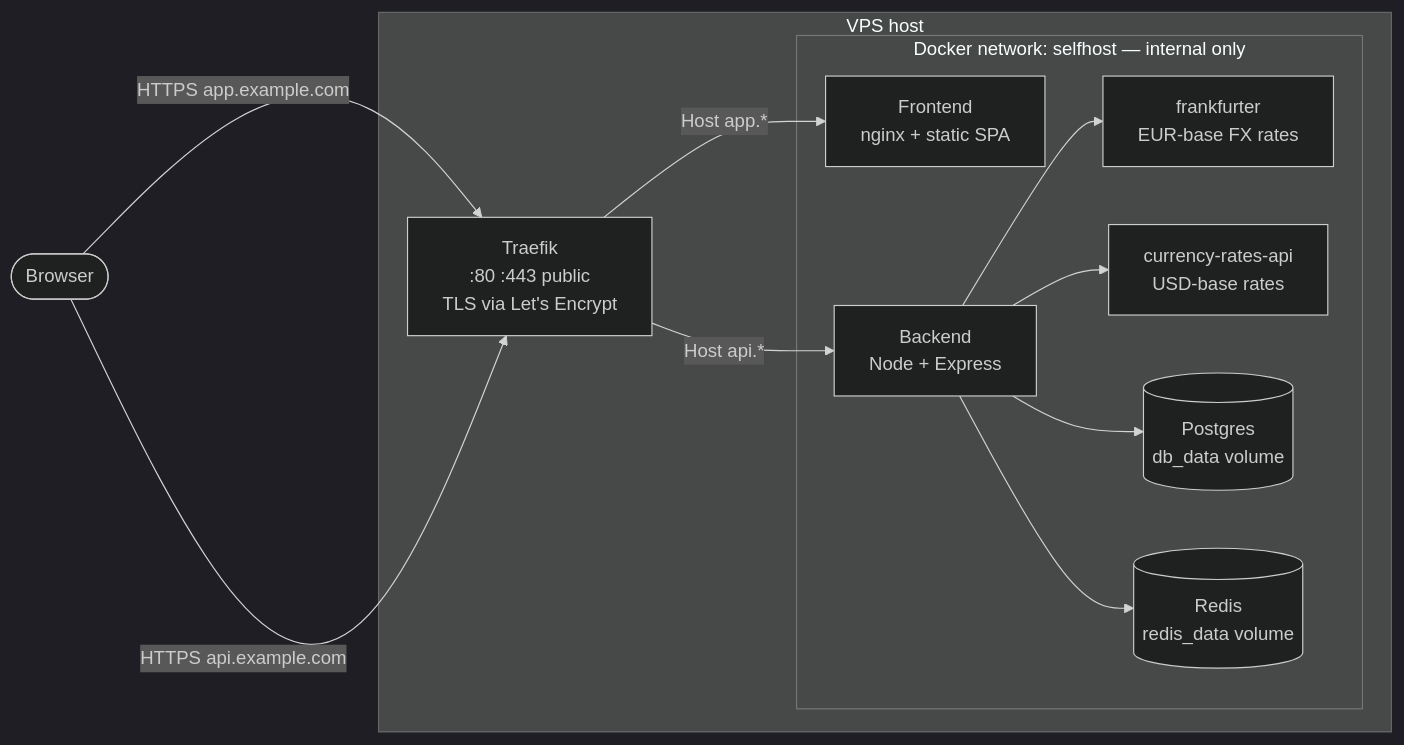
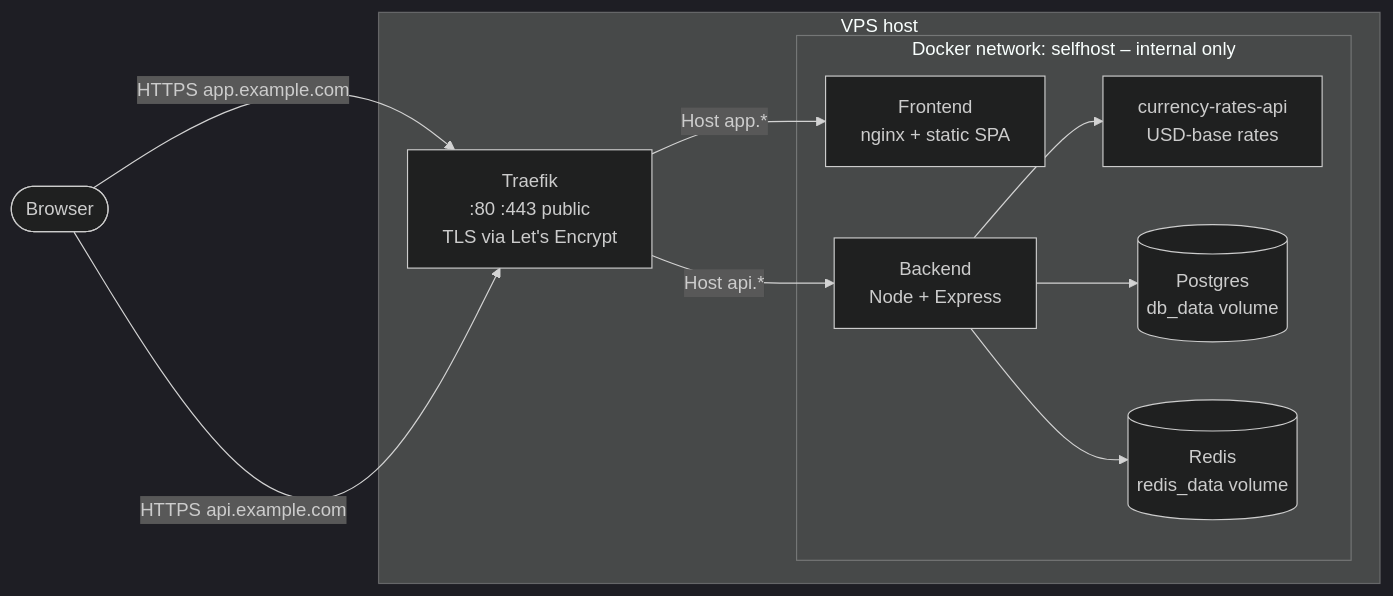
The first of 2 diagrams in docs/self-hosting.md (letehaha/budget-tracker), drawn with Mermaid (dark theme) before and after one commit. The commit also changed other lines of this file and 25 other files, not shown here.

First line of the commit message:
chore(exchange-rates): drop Frankfurter provider as a fallback

````diff
--- a/docs/self-hosting.md
+++ b/docs/self-hosting.md
@@ -17,26 +16,24 @@
 ```mermaid
 flowchart LR
     Browser([Browser])
 
     subgraph VPS["VPS host"]
         Traefik["Traefik<br/>:80 :443 public<br/>TLS via Let's Encrypt"]
 
-        subgraph net["Docker network: selfhost — internal only"]
+        subgraph net["Docker network: selfhost – internal only"]
             FE["Frontend<br/>nginx + static SPA"]
             BE["Backend<br/>Node + Express"]
-            FF["frankfurter<br/>EUR-base FX rates"]
             CR["currency-rates-api<br/>USD-base rates"]
             DB[("Postgres<br/>db_data volume")]
             RD[("Redis<br/>redis_data volume")]
         end
     end
 
     Browser -->|HTTPS app.example.com| Traefik
     Browser -->|HTTPS api.example.com| Traefik
     Traefik -->|Host app.*| FE
     Traefik -->|Host api.*| BE
     BE --> DB
     BE --> RD
-    BE --> FF
     BE --> CR
 ```
````
